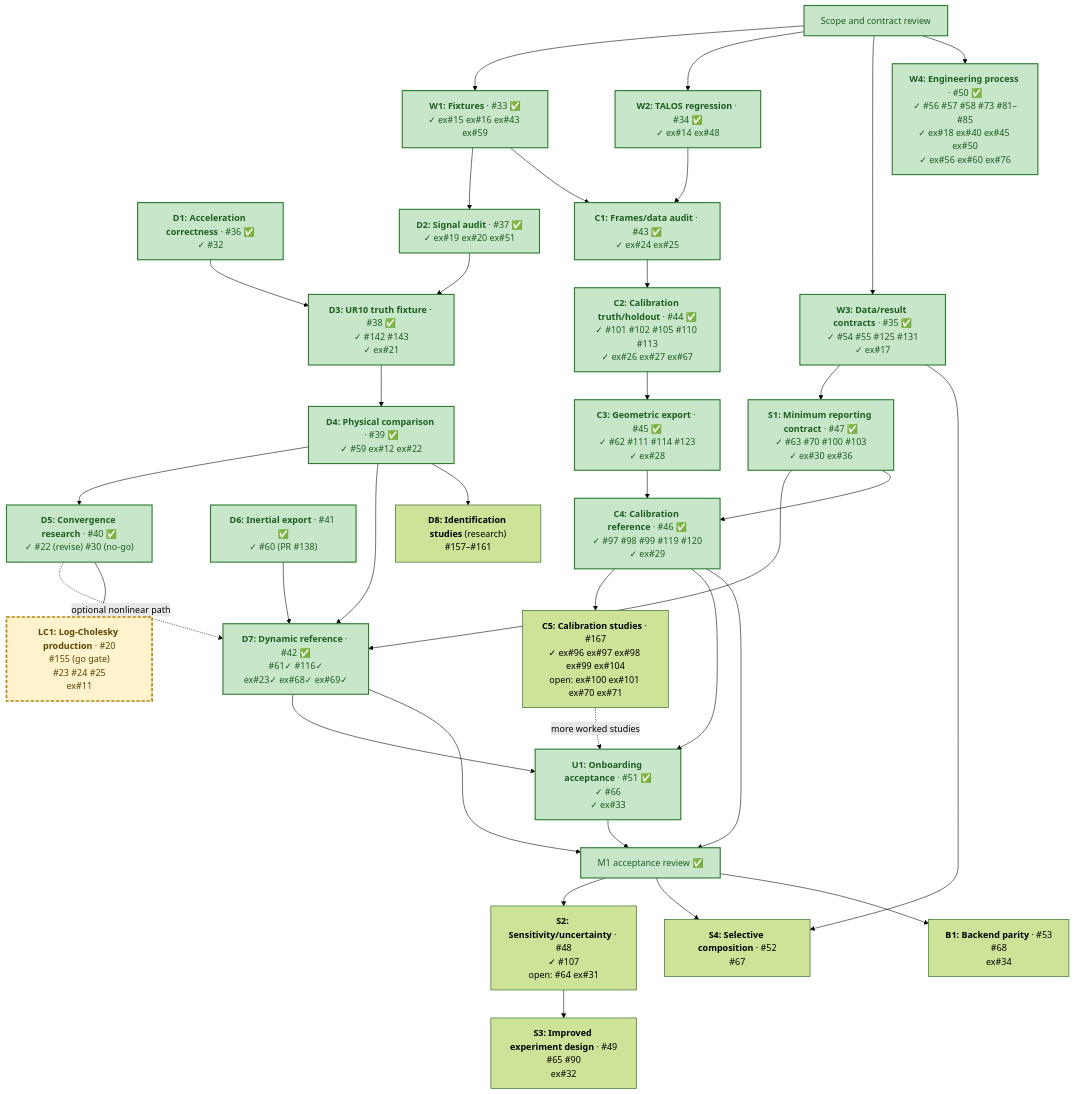
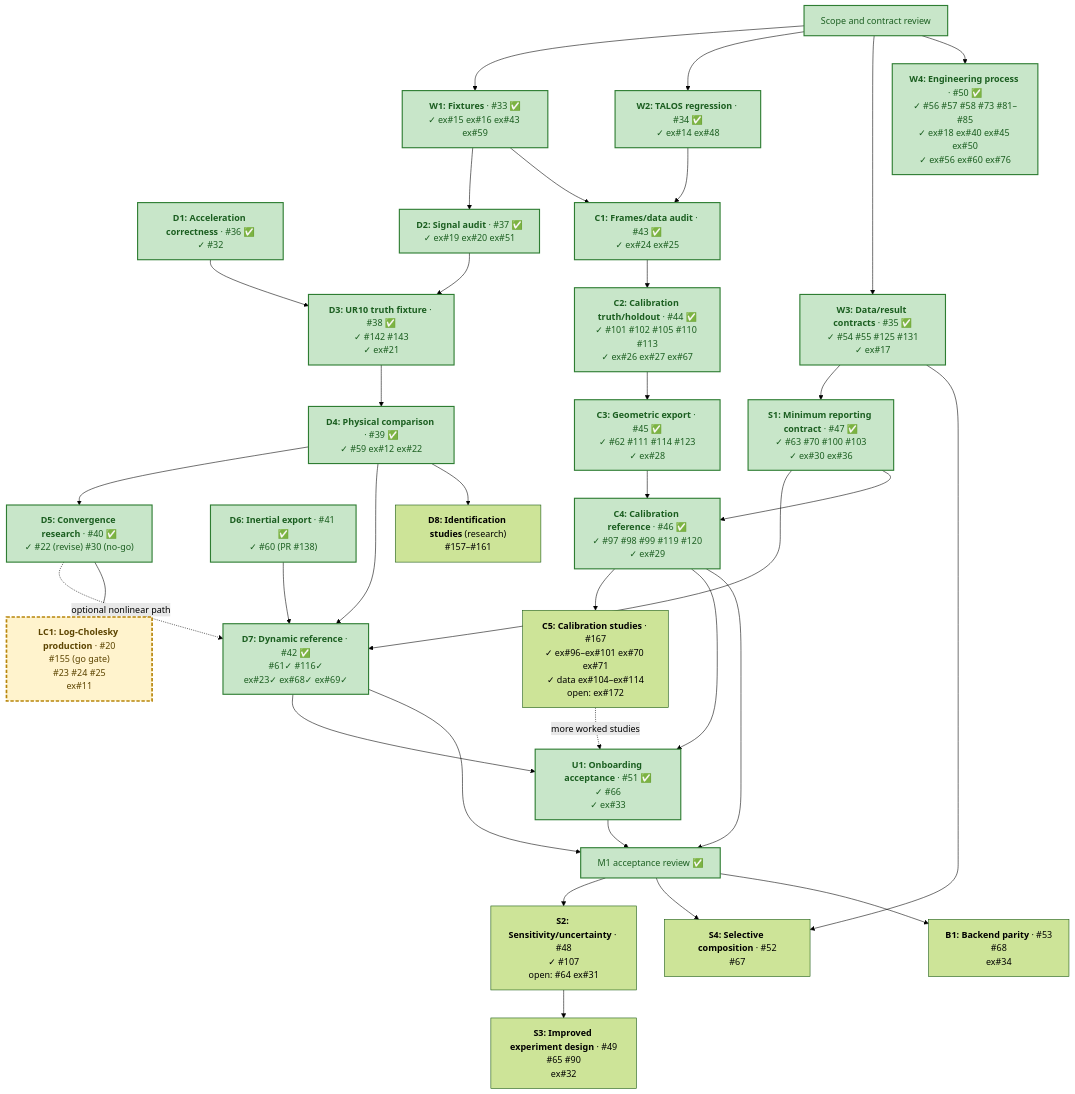
Before and after one commit to thanhndv212/figaroh-plus: the diagram in docs/plans/identification-calibration-delivery.md, drawn with Mermaid (forest theme). The commit also changed other lines of this file and 2 other files, not shown here.

````diff
--- a/docs/plans/identification-calibration-delivery.md
+++ b/docs/plans/identification-calibration-delivery.md
@@ -77,70 +77,70 @@
 ```mermaid
 flowchart TD
     R["Scope and contract review"]
     W1["<b>W1: Fixtures</b> · #33 ✅<br/>✓ ex#15 ex#16 ex#43 ex#59"]
     W2["<b>W2: TALOS regression</b> · #34 ✅<br/>✓ ex#14 ex#48"]
     W3["<b>W3: Data/result contracts</b> · #35 ✅<br/>✓ #54 #55 #125 #131<br/>✓ ex#17"]
     W4["<b>W4: Engineering process</b> · #50 ✅<br/>✓ #56 #57 #58 #73 #81–#85<br/>✓ ex#18 ex#40 ex#45 ex#50<br/>✓ ex#56 ex#60 ex#76"]
     D1["<b>D1: Acceleration correctness</b> · #36 ✅<br/>✓ #32"]
     D2["<b>D2: Signal audit</b> · #37 ✅<br/>✓ ex#19 ex#20 ex#51"]
     D3["<b>D3: UR10 truth fixture</b> · #38 ✅<br/>✓ #142 #143<br/>✓ ex#21"]
     D4["<b>D4: Physical comparison</b> · #39 ✅<br/>✓ #59 ex#12 ex#22"]
     D5["<b>D5: Convergence research</b> · #40 ✅<br/>✓ #22 (revise) #30 (no-go)"]
     D6["<b>D6: Inertial export</b> · #41 ✅<br/>✓ #60 (PR #138)"]
     D7["<b>D7: Dynamic reference</b> · #42 ✅<br/>#61✓ #116✓<br/>ex#23✓ ex#68✓ ex#69✓"]
     C1["<b>C1: Frames/data audit</b> · #43 ✅<br/>✓ ex#24 ex#25"]
     C2["<b>C2: Calibration truth/holdout</b> · #44 ✅<br/>✓ #101 #102 #105 #110 #113<br/>✓ ex#26 ex#27 ex#67"]
     C3["<b>C3: Geometric export</b> · #45 ✅<br/>✓ #62 #111 #114 #123<br/>✓ ex#28"]
     C4["<b>C4: Calibration reference</b> · #46 ✅<br/>✓ #97 #98 #99 #119 #120<br/>✓ ex#29"]
-    C5["<b>C5: Calibration studies</b> · #167<br/>✓ ex#96 ex#97 ex#98 ex#99 ex#104<br/>open: ex#100 ex#101 ex#70 ex#71"]
+    C5["<b>C5: Calibration studies</b> · #167<br/>✓ ex#96–ex#101 ex#70 ex#71<br/>✓ data ex#104–ex#114<br/>open: ex#172"]
     D8["<b>D8: Identification studies</b> (research)<br/>#157–#161"]
     S1["<b>S1: Minimum reporting contract</b> · #47 ✅<br/>✓ #63 #70 #100 #103<br/>✓ ex#30 ex#36"]
     U1["<b>U1: Onboarding acceptance</b> · #51 ✅<br/>✓ #66<br/>✓ ex#33"]
     A["M1 acceptance review ✅"]
     S2["<b>S2: Sensitivity/uncertainty</b> · #48<br/>✓ #107<br/>open: #64 ex#31"]
     S3["<b>S3: Improved experiment design</b> · #49<br/>#65 #90<br/>ex#32"]
     S4["<b>S4: Selective composition</b> · #52<br/>#67"]
     B1["<b>B1: Backend parity</b> · #53<br/>#68<br/>ex#34"]
     LC1["<b>LC1: Log-Cholesky production</b> · #20<br/>#155 (go gate)<br/>#23 #24 #25<br/>ex#11"]
 
     R --> W1
     R --> W2
     R --> W3
     R --> W4
     W1 --> D2
     D1 --> D3
     D2 --> D3
     D3 --> D4
     D4 --> D5
     D6 --> D7
     D4 --> D7
     D5 -. optional nonlinear path .-> D7
     D5 --> LC1
     W1 --> C1
     W2 --> C1
     C1 --> C2
     C2 --> C3
     C3 --> C4
     C4 --> C5
     D4 --> D8
     C5 -. more worked studies .-> U1
     W3 --> S1
     S1 --> D7
     S1 --> C4
     D7 --> U1
     C4 --> U1
     D7 --> A
     C4 --> A
     U1 --> A
     A --> S2
     S2 --> S3
     A --> S4
     W3 --> S4
     A --> B1
 
     classDef cleared fill:#c8e6c9,stroke:#2e7d32,stroke-width:2px,color:#1b5e20
     classDef ready fill:#fff3cd,stroke:#b8860b,color:#5c4400
     class R,W1,W2,W3,W4,D1,D2,C1,C2,C3,S1,D6,C4,D3,D4,D5,D7,U1,A cleared
     class LC1 active
     classDef active fill:#fff3cd,stroke:#b8860b,stroke-width:3px,stroke-dasharray:6 3,color:#5c4400
 ```
````
